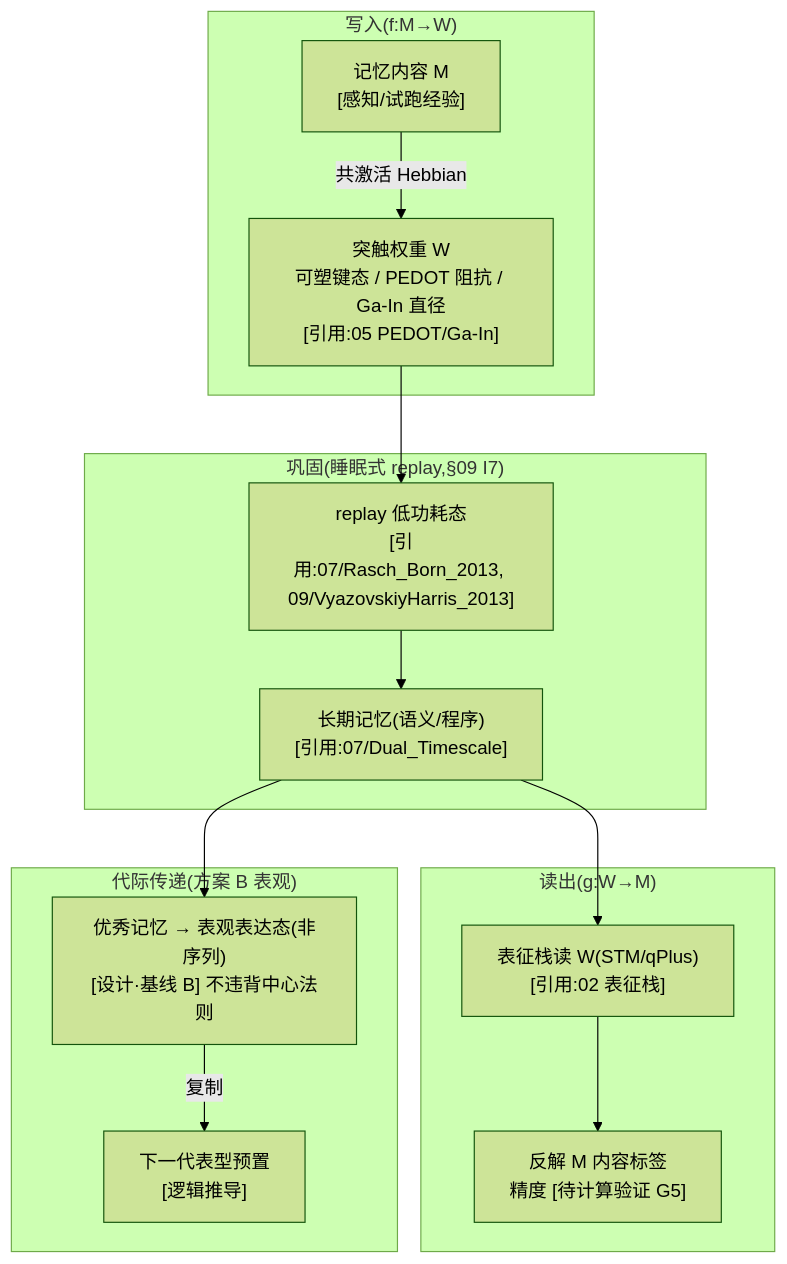
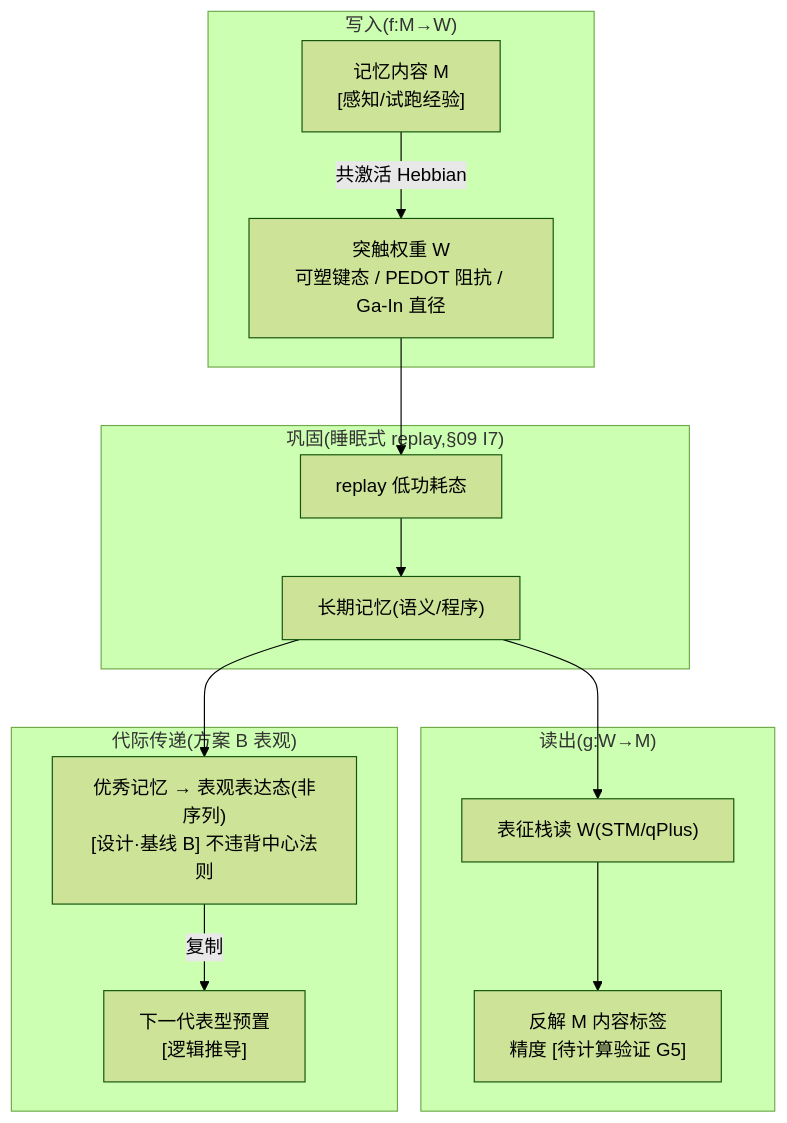
One commit to RichardASimon/Silicon-Biological-Blueprint changed the first of 2 diagrams in zh-CN/07_记忆系统_设计.md. Above: the diagram before and after it, drawn with Mermaid (forest theme). The commit also changed other lines of this file and 23 other files, not shown here.

First line of the commit message:
docs: improve report formatting, table balance and diagram captions

````diff
--- a/zh-CN/07_记忆系统_设计.md
+++ b/zh-CN/07_记忆系统_设计.md
@@ -127,29 +153,29 @@
 ```mermaid
 flowchart TB
     subgraph WRITE["写入(f:M→W)"]
         M["记忆内容 M<br/>[感知/试跑经验]"]
-        W["突触权重 W<br/>可塑键态 / PEDOT 阻抗 / Ga-In 直径<br/>[引用:05 PEDOT/Ga-In]"]
+        W["突触权重 W<br/>可塑键态 / PEDOT 阻抗 / Ga-In 直径<br/>"]
         M -->|共激活 Hebbian| W
     end
 
     subgraph CONSOL["巩固(睡眠式 replay,§09 I7)"]
-        R["replay 低功耗态<br/>[引用:07/Rasch_Born_2013, 09/VyazovskiyHarris_2013]"]
-        L["长期记忆(语义/程序)<br/>[引用:07/Dual_Timescale]"]
+        R["replay 低功耗态<br/>"]
+        L["长期记忆(语义/程序)<br/>"]
         R --> L
     end
 
     subgraph READ["读出(g:W→M)"]
-        G["表征栈读 W(STM/qPlus)<br/>[引用:02 表征栈]"]
+        G["表征栈读 W(STM/qPlus)<br/>"]
         MO["反解 M 内容标签<br/>精度 [待计算验证 G5]"]
         G --> MO
     end
 
     subgraph GENE["代际传递(方案 B 表观)"]
         B["优秀记忆 → 表观表达态(非序列)<br/>[设计·基线 B] 不违背中心法则"]
         B -->|复制| NEXT["下一代表型预置<br/>[逻辑推导]"]
     end
 
     W --> R
     L --> G
     L --> B
 ```
````
